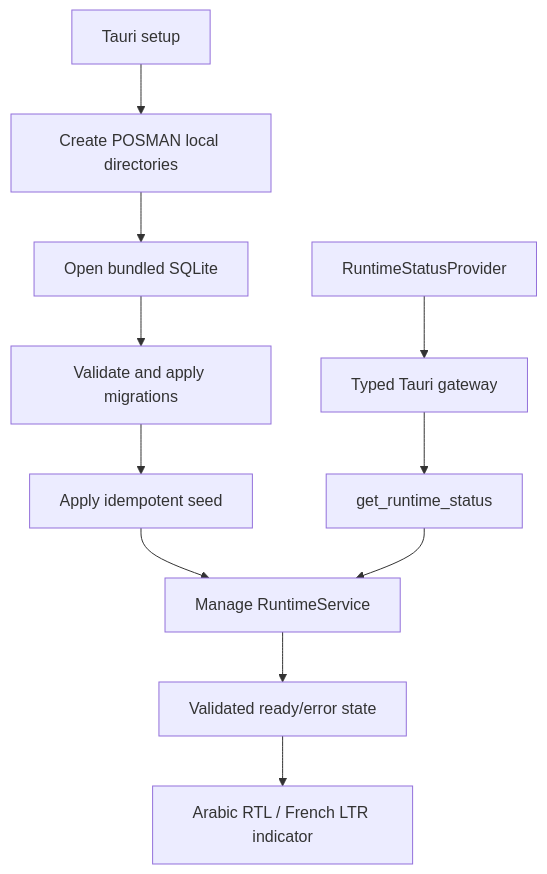
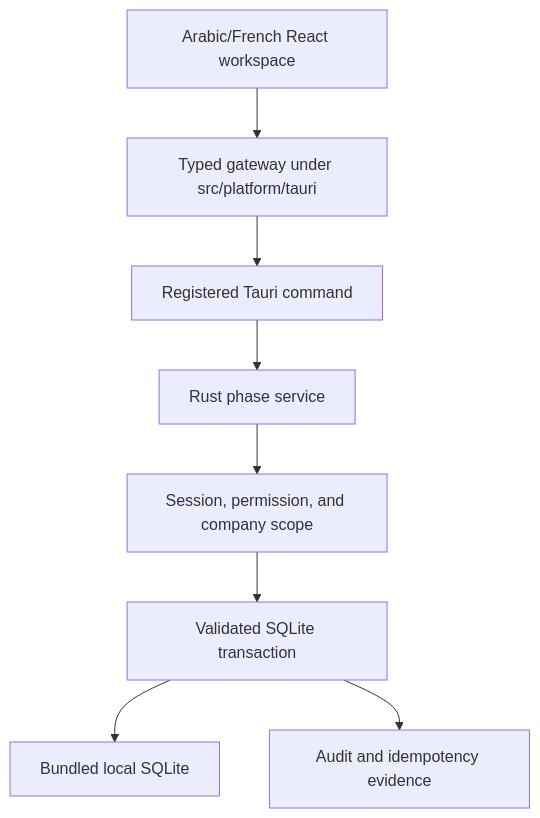
The diagram in docs/continuity/PROJECT-TREE.md (mohamed09090-xmd/posman-desktop), drawn with Mermaid before and after one commit. The commit also changed other lines of this file and 10 other files, not shown here.

````diff
--- a/docs/continuity/PROJECT-TREE.md
+++ b/docs/continuity/PROJECT-TREE.md
@@ -119,13 +158,10 @@
 ```mermaid
 flowchart TD
-    Start["Tauri setup"] --> Paths["Create POSMAN local directories"]
-    Paths --> DB["Open bundled SQLite"]
-    DB --> Migrate["Validate and apply migrations"]
-    Migrate --> Seed["Apply idempotent seed"]
-    Seed --> Service["Manage RuntimeService"]
-    UI["RuntimeStatusProvider"] --> Gateway["Typed Tauri gateway"]
-    Gateway --> Command["get_runtime_status"]
-    Command --> Service
-    Service --> State["Validated ready/error state"]
-    State --> Indicator["Arabic RTL / French LTR indicator"]
+    UI["Arabic/French React workspace"] --> Gateway["Typed gateway under src/platform/tauri"]
+    Gateway --> Command["Registered Tauri command"]
+    Command --> Service["Rust phase service"]
+    Service --> Auth["Session, permission, and company scope"]
+    Auth --> Tx["Validated SQLite transaction"]
+    Tx --> DB["Bundled local SQLite"]
+    Tx --> Audit["Audit and idempotency evidence"]
 ```
````
